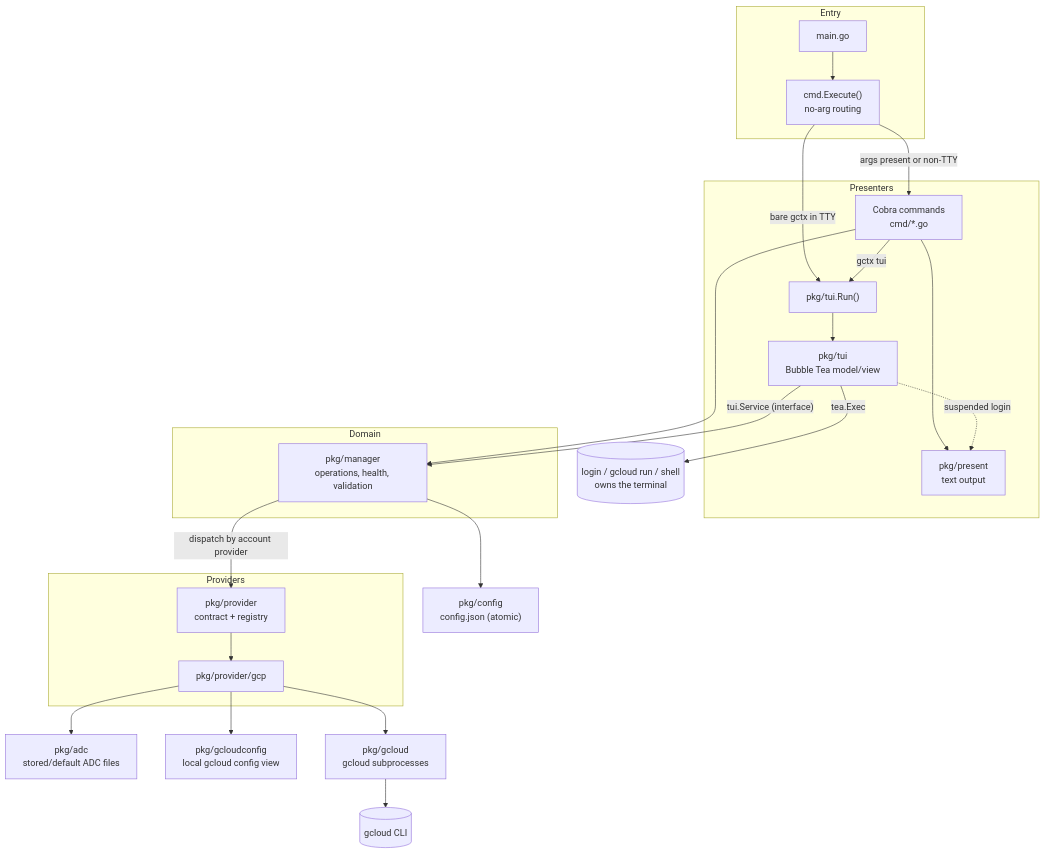
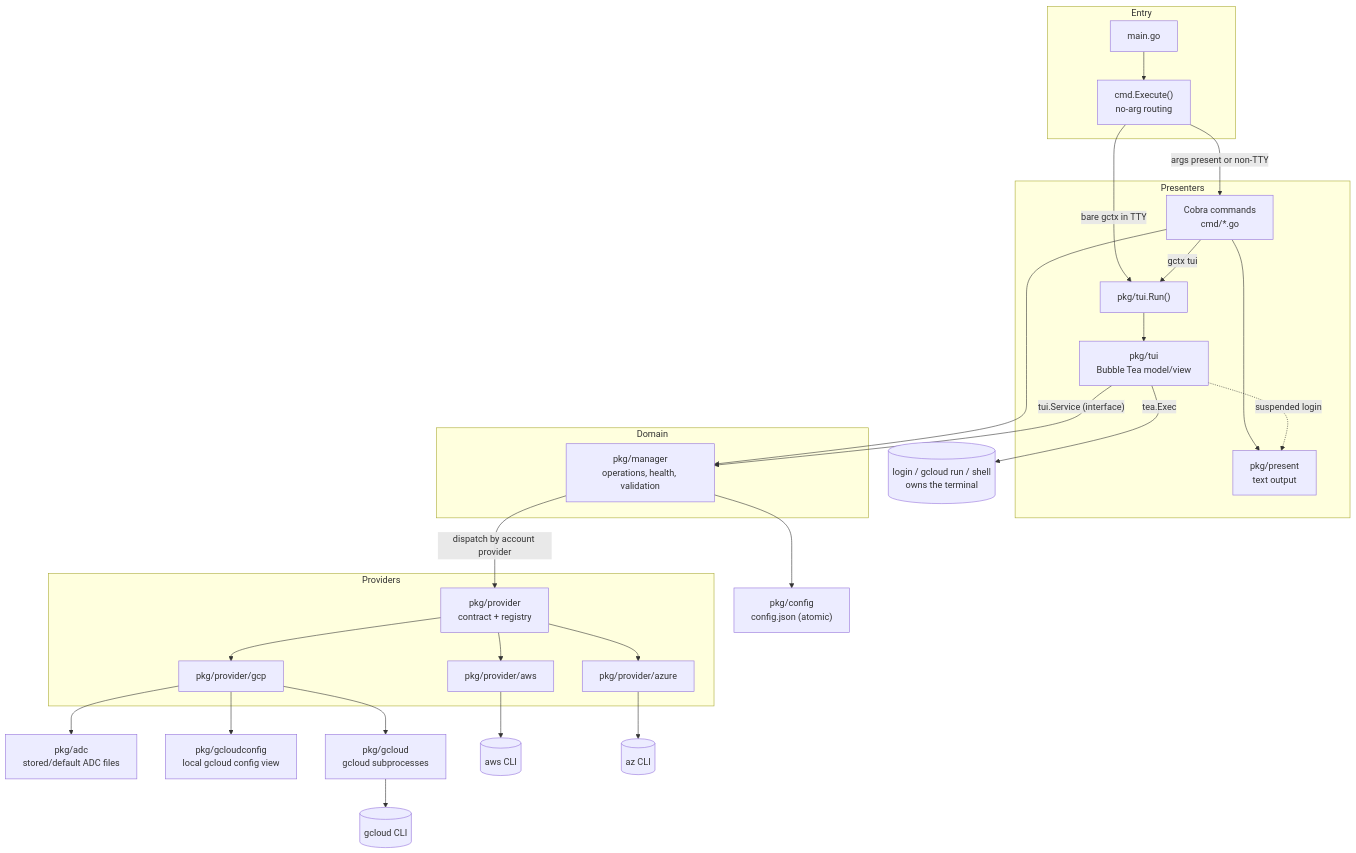
Before and after one commit to k0wl0n/gctx: the diagram in readthedocs/docs/architecture.md, drawn with Mermaid. The commit also changed other lines of this file and 7 other files, not shown here.

````diff
--- a/readthedocs/docs/architecture.md
+++ b/readthedocs/docs/architecture.md
@@ -48,35 +58,39 @@
 ```mermaid
 flowchart TB
   subgraph entry[Entry]
     main[main.go] --> exec["cmd.Execute()<br/>no-arg routing"]
   end
   exec -->|args present or non-TTY| cobra[Cobra commands<br/>cmd/*.go]
   exec -->|bare gctx in TTY| tuiRun
   cobra -->|gctx tui| tuiRun["pkg/tui.Run()"]
 
   subgraph presenters[Presenters]
     cobra --> present["pkg/present<br/>text output"]
     tuiRun --> model["pkg/tui<br/>Bubble Tea model/view"]
     model -. suspended login .-> present
   end
 
   cobra --> mgr
   model -->|"tui.Service (interface)"| mgr
 
   subgraph domain[Domain]
     mgr["pkg/manager<br/>operations, health, validation"]
   end
 
   mgr --> cfg["pkg/config<br/>config.json (atomic)"]
   mgr -->|"dispatch by account provider"| reg["pkg/provider<br/>contract + registry"]
 
   subgraph providers[Providers]
     reg --> gcpp["pkg/provider/gcp"]
+    reg --> awsp["pkg/provider/aws"]
+    reg --> azp["pkg/provider/azure"]
   end
 
   gcpp --> adcp["pkg/adc<br/>stored/default ADC files"]
   gcpp --> gcc["pkg/gcloudconfig<br/>local gcloud config view"]
   gcpp --> gcl["pkg/gcloud<br/>gcloud subprocesses"]
   gcl --> gcloudbin[(gcloud CLI)]
+  awsp --> awsbin[(aws CLI)]
+  azp --> azbin[(az CLI)]
   model -->|tea.Exec| child[(login / gcloud run / shell<br/>owns the terminal)]
 ```
````
